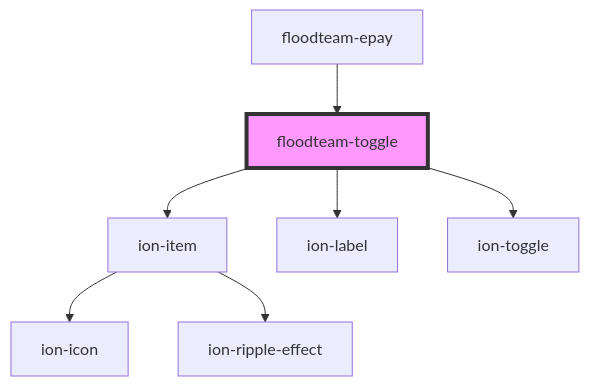
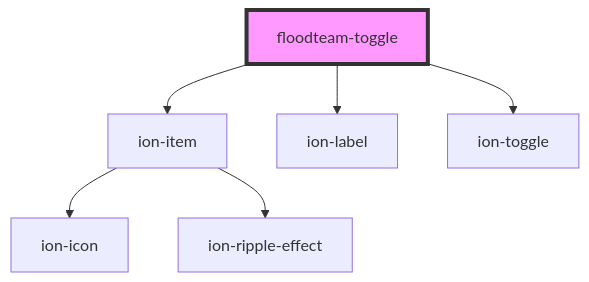
One commit to FloodTeam/components changed the diagram in src/components/toggle/readme.md. Above: the diagram before and after it, drawn with Mermaid. The commit also changed other lines of this file and 2 other files, not shown here.

````diff
--- a/src/components/toggle/readme.md
+++ b/src/components/toggle/readme.md
@@ -30,10 +26,9 @@
 ```mermaid
 graph TD;
   floodteam-toggle --> ion-item
   floodteam-toggle --> ion-label
   floodteam-toggle --> ion-toggle
   ion-item --> ion-icon
   ion-item --> ion-ripple-effect
-  floodteam-epay --> floodteam-toggle
   style floodteam-toggle fill:#f9f,stroke:#333,stroke-width:4px
 ```
````
